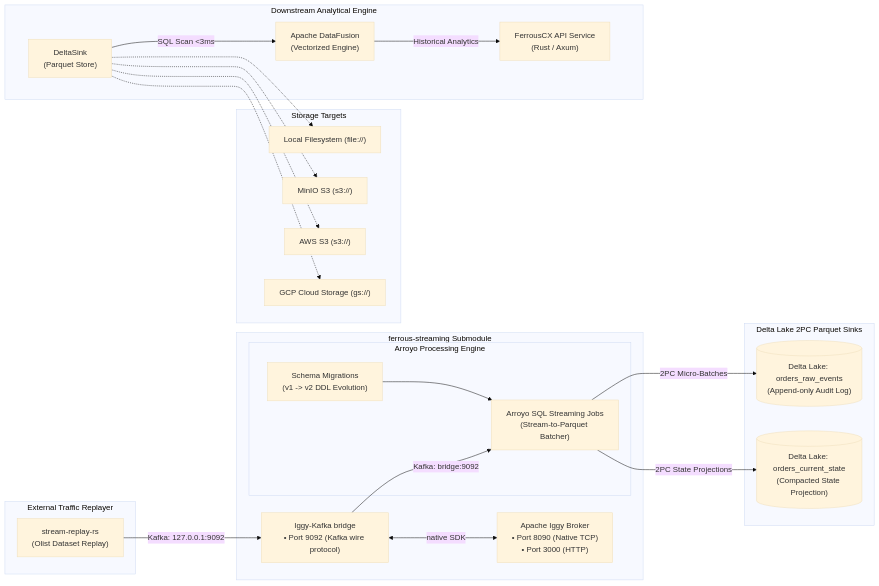
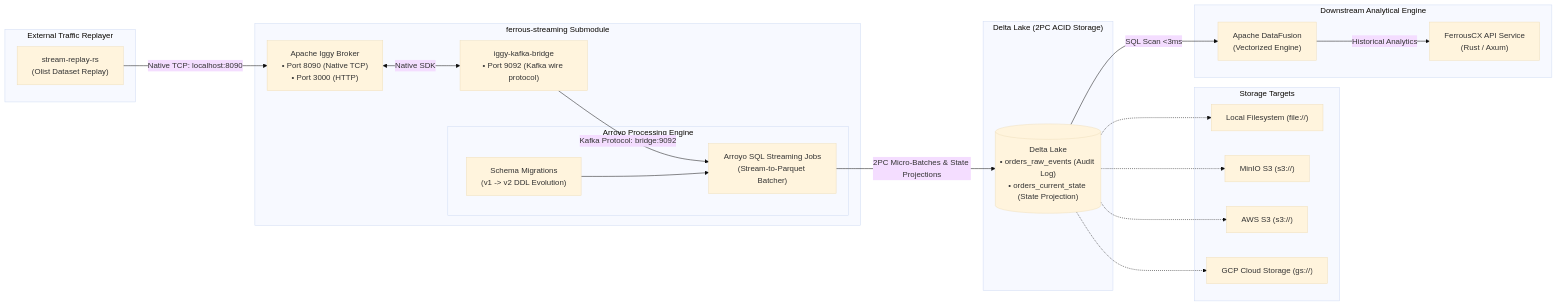
The diagram in README.md (reidlai/ferrous-streaming), drawn with Mermaid (base theme) before and after one commit. The commit also changed other lines of this file, not shown here.

Commit message:
docs: fix system architecture Mermaid diagram and topology (Story 13.7)

````diff
--- a/README.md
+++ b/README.md
@@ -19,49 +19,46 @@
 ```mermaid
 flowchart LR
     subgraph Ingestion_Source ["External Traffic Replayer"]
         Replayer["stream-replay-rs<br/>(Olist Dataset Replay)"]
     end
 
     subgraph Streaming_Submodule ["ferrous-streaming Submodule"]
-        Bridge["Iggy-Kafka bridge<br/>• Port 9092 (Kafka wire protocol)"]
         Iggy["Apache Iggy Broker<br/>• Port 8090 (Native TCP)<br/>• Port 3000 (HTTP)"]
-        
+        Bridge["iggy-kafka-bridge<br/>• Port 9092 (Kafka wire protocol)"]
+
         subgraph Arroyo_Engine ["Arroyo Processing Engine"]
             Migrations["Schema Migrations<br/>(v1 -> v2 DDL Evolution)"]
             SQLPipeline["Arroyo SQL Streaming Jobs<br/>(Stream-to-Parquet Batcher)"]
         end
     end
 
-    subgraph Storage ["Delta Lake 2PC Parquet Sinks"]
-        DeltaRaw[("Delta Lake: orders_raw_events<br/>(Append-only Audit Log)")]
-        DeltaState[("Delta Lake: orders_current_state<br/>(Compacted State Projection)")]
+    subgraph Storage ["Delta Lake (2PC ACID Storage)"]
+        DeltaLake[("Delta Lake<br/>• orders_raw_events (Audit Log)<br/>• orders_current_state (State Projection)")]
     end
 
     subgraph Storage_Targets ["Storage Targets"]
         Local["Local Filesystem (file://)"]
         MinIO["MinIO S3 (s3://)"]
         AWSS3["AWS S3 (s3://)"]
         GCS["GCP Cloud Storage (gs://)"]
     end
 
     subgraph Downstream_Consumption ["Downstream Analytical Engine"]
-        DeltaSink["DeltaSink<br/>(Parquet Store)"]
         DataFusion["Apache DataFusion<br/>(Vectorized Engine)"]
         ApiService["FerrousCX API Service<br/>(Rust / Axum)"]
     end
 
-    Replayer -->|Kafka: 127.0.0.1:9092| Bridge
-    Bridge <-->|native SDK| Iggy
-    Bridge -->|Kafka: bridge:9092| SQLPipeline
+    Replayer -->|"Native TCP: localhost:8090"| Iggy
+    Iggy <-->|"Native SDK"| Bridge
+    Bridge -->|"Kafka Protocol: bridge:9092"| SQLPipeline
     Migrations --> SQLPipeline
-    SQLPipeline -->|2PC Micro-Batches| DeltaRaw
-    SQLPipeline -->|2PC State Projections| DeltaState
+    SQLPipeline -->|"2PC Micro-Batches & State Projections"| DeltaLake
 
-    DeltaSink -.-> Local
-    DeltaSink -.-> MinIO
-    DeltaSink -.-> AWSS3
-    DeltaSink -.-> GCS
+    DeltaLake -.-> Local
+    DeltaLake -.-> MinIO
+    DeltaLake -.-> AWSS3
+    DeltaLake -.-> GCS
 
-    DeltaSink -->|SQL Scan &lt;3ms| DataFusion
-    DataFusion -->|Historical Analytics| ApiService
+    DeltaLake -->|"SQL Scan <3ms"| DataFusion
+    DataFusion -->|"Historical Analytics"| ApiService
 ```
````
